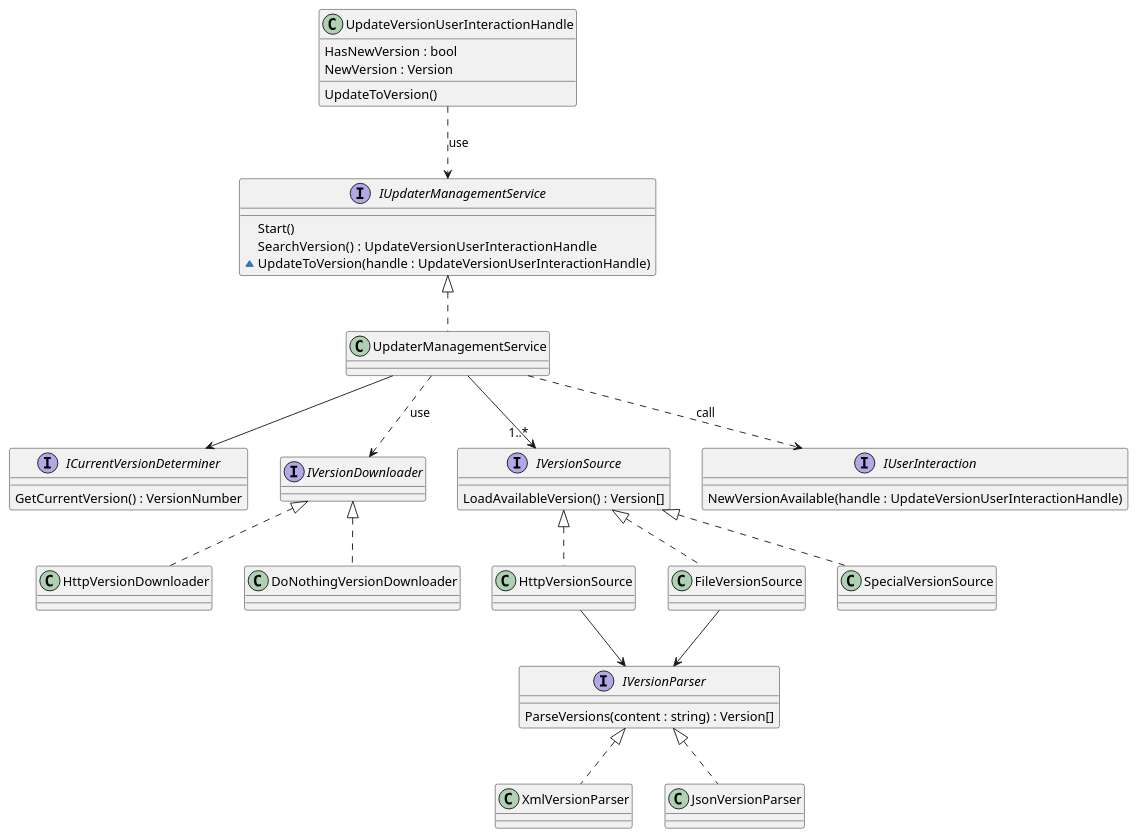
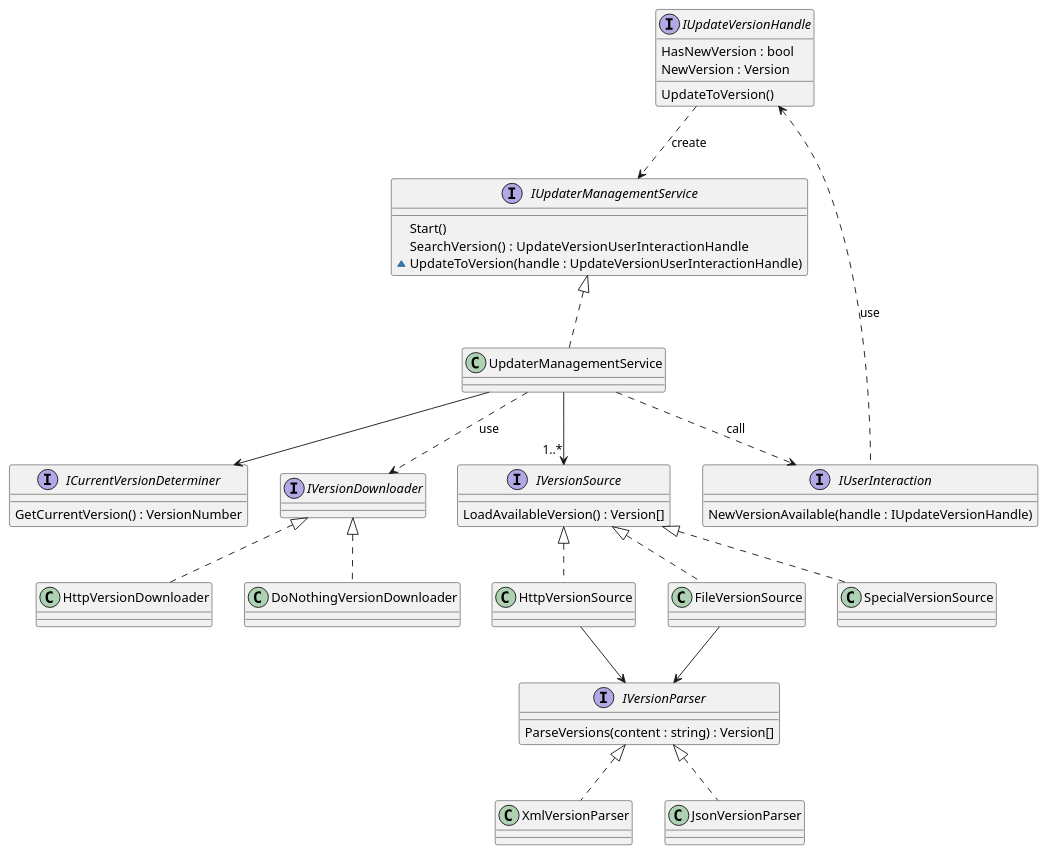
One commit to jasase/autoupdate.net changed the diagram in doc/diagrams/services.md. Above: the diagram before and after it, drawn with PlantUML. The commit also changed 1 other file, not shown here.

```diff
--- a/doc/diagrams/services.md
+++ b/doc/diagrams/services.md
@@ -60,16 +60,17 @@
 
 
 interface IUserInteraction {
-    NewVersionAvailable(handle : UpdateVersionUserInteractionHandle)
+    NewVersionAvailable(handle : IUpdateVersionHandle)
 }
-class UpdateVersionUserInteractionHandle {    
+interface IUpdateVersionHandle {    
     HasNewVersion : bool
     NewVersion : Version    
     
     UpdateToVersion()
 }
 
-UpdateVersionUserInteractionHandle ..> IUpdaterManagementService : use
+IUpdateVersionHandle ..> IUpdaterManagementService : create
+IUpdateVersionHandle <.. IUserInteraction : use
 
 UpdaterManagementService --> "1..*" IVersionSource
 UpdaterManagementService --> ICurrentVersionDeterminer
```
